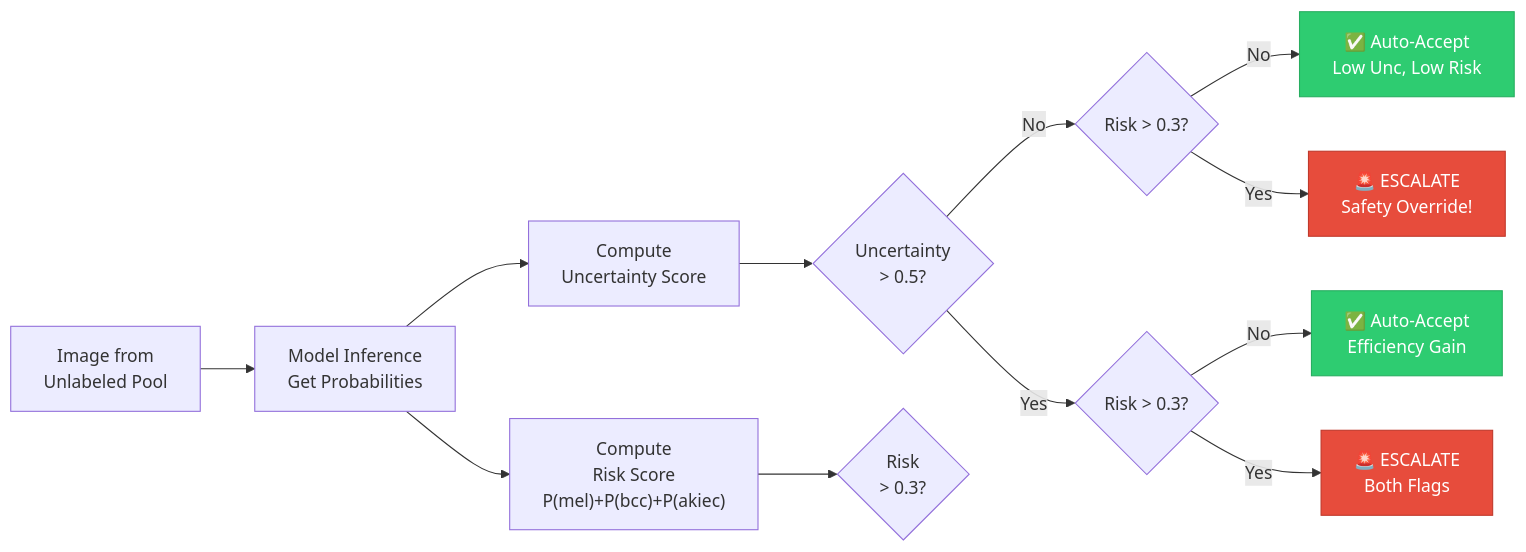
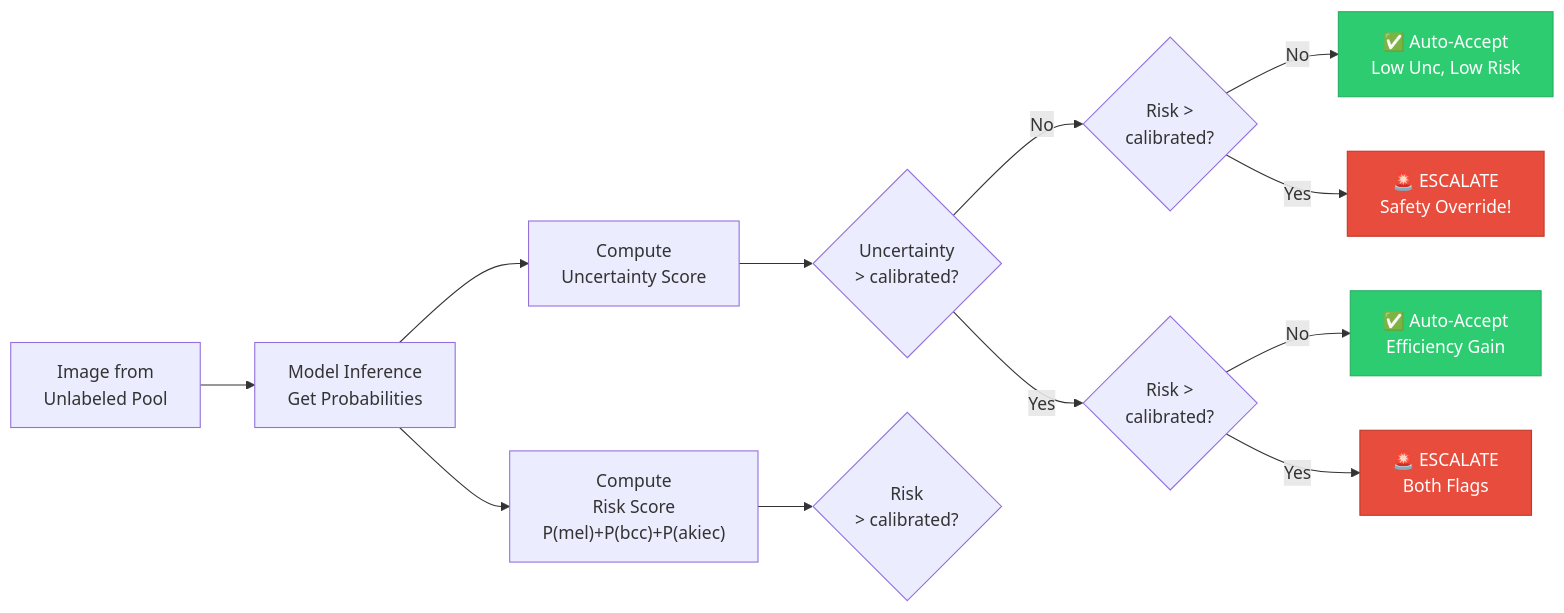
One commit to DyneStein/RiskAware-ActiveLearning changed the second of 3 diagrams in README.md. Above: the diagram before and after it, drawn with Mermaid. The commit also changed other lines of this file and 11 other files, not shown here.

First line of the commit message:
feat: seed-calibrated thresholds, raw uncertainty scales, dynamic class weights

````diff
--- a/README.md
+++ b/README.md
@@ -93,22 +95,22 @@
 ```mermaid
 flowchart LR
     A["Image from<br/>Unlabeled Pool"] --> B["Model Inference<br/>Get Probabilities"]
     B --> C["Compute<br/>Uncertainty Score"]
     B --> D["Compute<br/>Risk Score<br/>P(mel)+P(bcc)+P(akiec)"]
 
-    C --> E{"Uncertainty<br/>> 0.5?"}
-    D --> F{"Risk<br/>> 0.3?"}
+    C --> E{"Uncertainty<br/>> calibrated?"}
+    D --> F{"Risk<br/>> calibrated?"}
 
-    E -->|No| G{"Risk > 0.3?"}
-    E -->|Yes| H{"Risk > 0.3?"}
+    E -->|No| G{"Risk ><br/>calibrated?"}
+    E -->|Yes| H{"Risk ><br/>calibrated?"}
 
     G -->|No| I["✅ Auto-Accept<br/>Low Unc, Low Risk"]
     G -->|Yes| J["🚨 ESCALATE<br/>Safety Override!"]
     H -->|No| K["✅ Auto-Accept<br/>Efficiency Gain"]
     H -->|Yes| L["🚨 ESCALATE<br/>Both Flags"]
 
     style J fill:#e74c3c,stroke:#c0392b,color:#fff
     style L fill:#e74c3c,stroke:#c0392b,color:#fff
     style I fill:#2ecc71,stroke:#27ae60,color:#fff
     style K fill:#2ecc71,stroke:#27ae60,color:#fff
 ```
````
